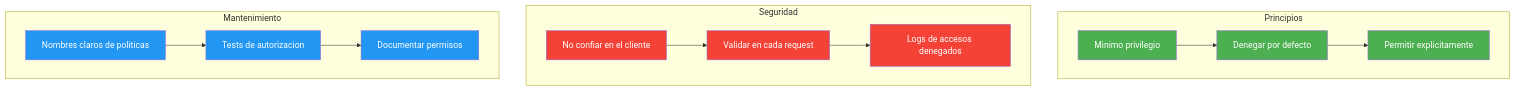
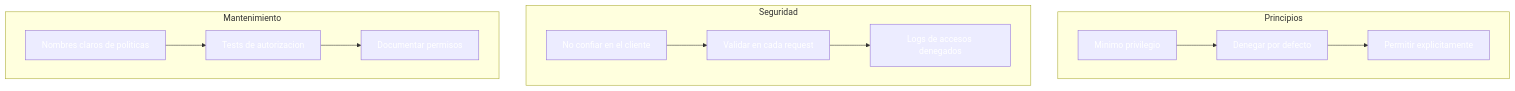
Diagram 14 of 14 in 17-autorizacion.md (joseluisgs/DesarrolloWebEntornosServidor-02-2026-2027), drawn with Mermaid before and after one commit. The commit also changed other lines of this file and 41 other files, not shown here.

````diff
--- a/17-autorizacion.md
+++ b/17-autorizacion.md
@@ -1242,34 +1242,34 @@
 ```mermaid
 flowchart TB
     subgraph "Principios"
         P1["Minimo privilegio"]
         P2["Denegar por defecto"]
         P3["Permitir explicitamente"]
     end
 
     subgraph "Seguridad"
         S1["No confiar en el cliente"]
         S2["Validar en cada request"]
         S3["Logs de accesos denegados"]
     end
 
     subgraph "Mantenimiento"
         M1["Nombres claros de politicas"]
         M2["Tests de autorizacion"]
         M3["Documentar permisos"]
     end
 
     P1 --> P2 --> P3
     S1 --> S2 --> S3
     M1 --> M2 --> M3
 
-    style P1 fill:#4CAF50,color:#fff
-    style P2 fill:#4CAF50,color:#fff
-    style P3 fill:#4CAF50,color:#fff
-    style S1 fill:#f44336,color:#fff
-    style S2 fill:#f44336,color:#fff
-    style S3 fill:#f44336,color:#fff
-    style M1 fill:#2196F3,color:#fff
-    style M2 fill:#2196F3,color:#fff
-    style M3 fill:#2196F3,color:#fff
+    style P1 fill:#4CAF5,color:#fff0,color:#fff
+    style P2 fill:#4CAF5,color:#fff0,color:#fff
+    style P3 fill:#4CAF5,color:#fff0,color:#fff
+    style S1 fill:#f4433,color:#fff6,color:#fff
+    style S2 fill:#f4433,color:#fff6,color:#fff
+    style S3 fill:#f4433,color:#fff6,color:#fff
+    style M1 fill:#2196F,color:#fff3,color:#fff
+    style M2 fill:#2196F,color:#fff3,color:#fff
+    style M3 fill:#2196F,color:#fff3,color:#fff
 ```
````
